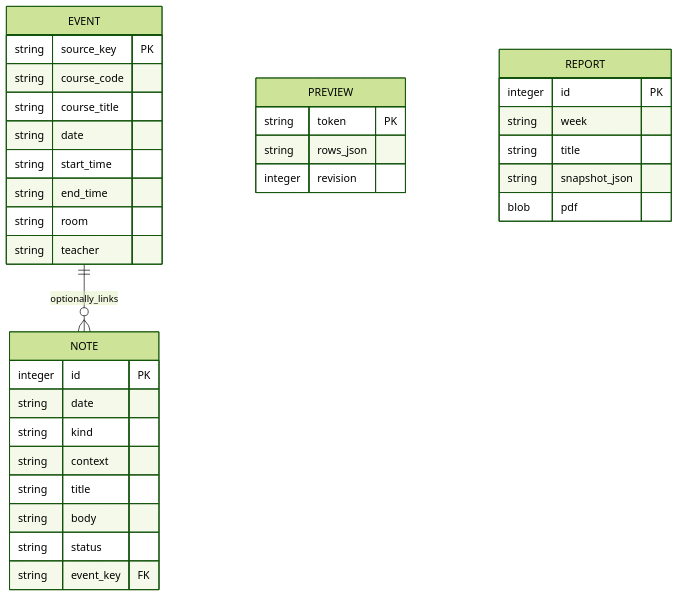
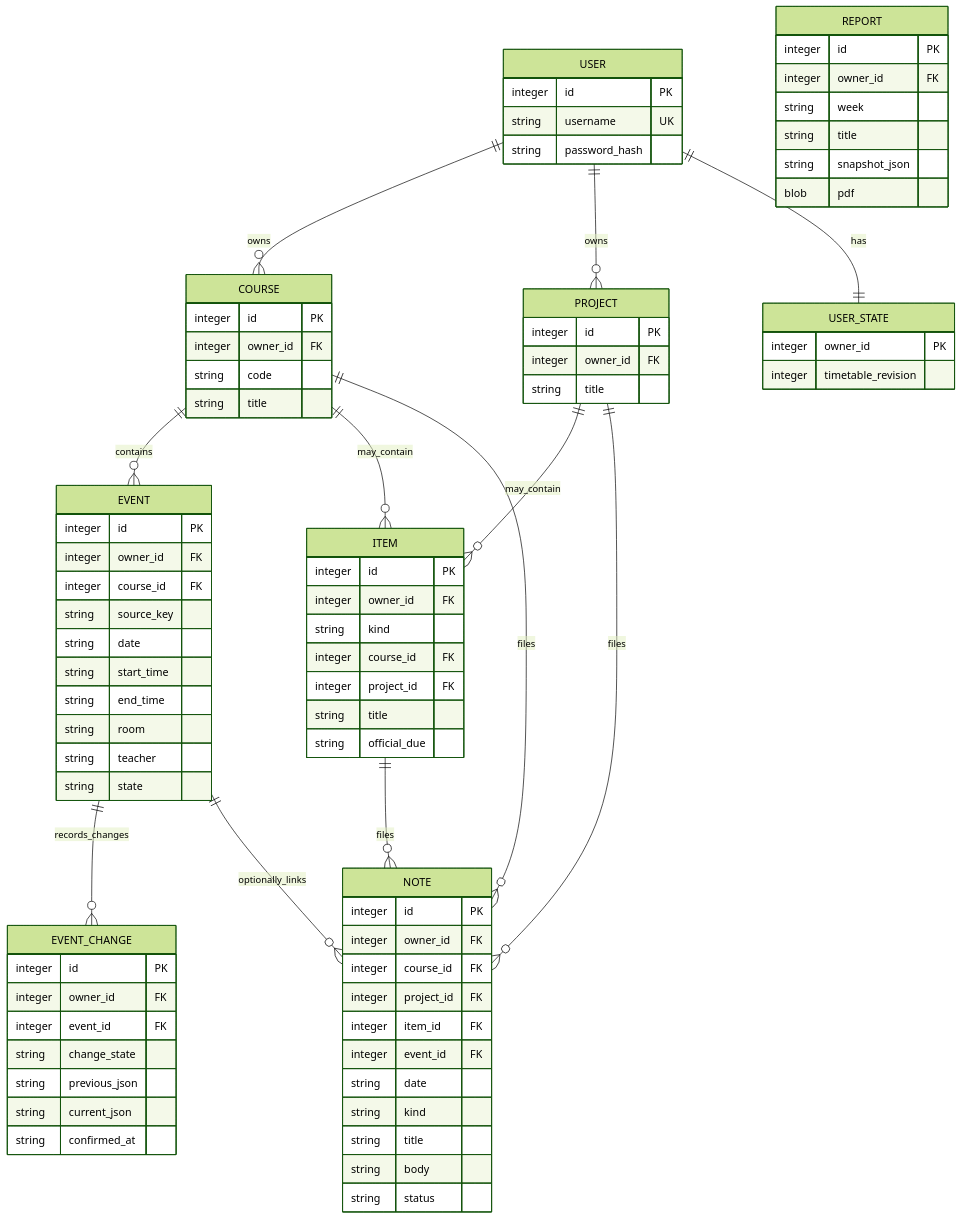
One commit to ChabataMUST/Weekly-Study-and-Research-Planner-MUST changed the second of 2 diagrams in docs/design.md. Above: the diagram before and after it, drawn with Mermaid (forest theme). The commit also changed other lines of this file and 9 other files, not shown here.

````diff
--- a/docs/design.md
+++ b/docs/design.md
@@ -30,33 +34,82 @@
 ```mermaid
 erDiagram
+    USER ||--o{ COURSE : owns
+    USER ||--o{ PROJECT : owns
+    USER ||--|| USER_STATE : has
+    COURSE ||--o{ EVENT : contains
+    COURSE ||--o{ ITEM : may_contain
+    PROJECT ||--o{ ITEM : may_contain
+    EVENT ||--o{ EVENT_CHANGE : records_changes
+    COURSE ||--o{ NOTE : files
+    PROJECT ||--o{ NOTE : files
+    ITEM ||--o{ NOTE : files
     EVENT ||--o{ NOTE : optionally_links
+    USER {
+        integer id PK
+        string username UK
+        string password_hash
+    }
+    USER_STATE {
+        integer owner_id PK
+        integer timetable_revision
+    }
+    COURSE {
+        integer id PK
+        integer owner_id FK
+        string code
+        string title
+    }
+    PROJECT {
+        integer id PK
+        integer owner_id FK
+        string title
+    }
+    ITEM {
+        integer id PK
+        integer owner_id FK
+        string kind
+        integer course_id FK
+        integer project_id FK
+        string title
+        string official_due
+    }
     EVENT {
-        string source_key PK
-        string course_code
-        string course_title
+        integer id PK
+        integer owner_id FK
+        integer course_id FK
+        string source_key
         string date
         string start_time
         string end_time
         string room
         string teacher
+        string state
     }
     NOTE {
         integer id PK
+        integer owner_id FK
+        integer course_id FK
+        integer project_id FK
+        integer item_id FK
+        integer event_id FK
         string date
         string kind
-        string context
         string title
         string body
         string status
-        string event_key FK
     }
-    PREVIEW {
-        string token PK
-        string rows_json
-        integer revision
+    EVENT_CHANGE {
+        integer id PK
+        integer owner_id FK
+        integer event_id FK
+        string change_state
+        string previous_json
+        string current_json
+        string confirmed_at
     }
     REPORT {
         integer id PK
+        integer owner_id FK
         string week
         string title
         string snapshot_json
````
